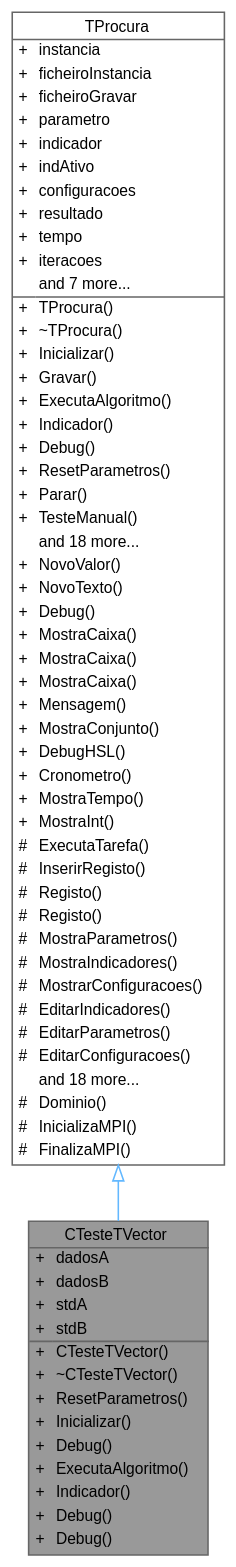
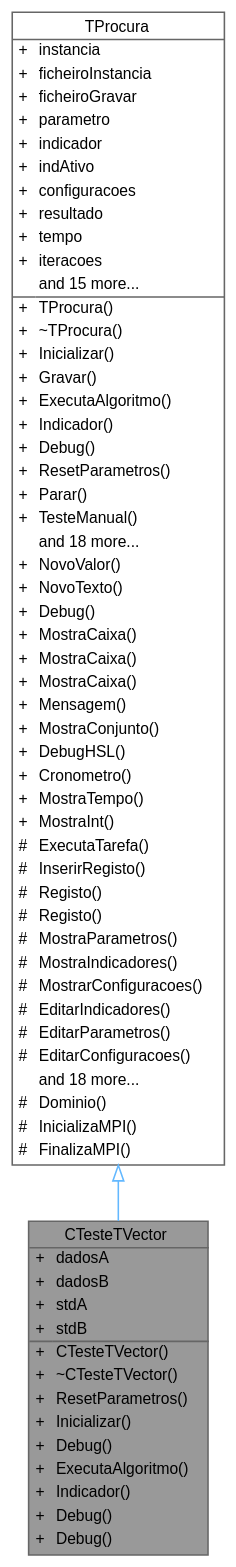
Before and after one commit to jcoelho72/TProcura: the diagram in classCTesteTVector__inherit__graph.dot, drawn with Graphviz. The commit also changed 255 other files, not shown here.

```diff
--- a/classCTesteTVector__inherit__graph.dot
+++ b/classCTesteTVector__inherit__graph.dot
@@ -1,79 +1,79 @@
 digraph "CTesteTVector"
 {
  // LATEX_PDF_SIZE
   bgcolor="transparent";
   edge [fontname=Helvetica,fontsize=10,labelfontname=Helvetica,labelfontsize=10];
   node [fontname=Helvetica,fontsize=10,shape=box,height=0.2,width=0.4];
   Node1 [id="Node000001",shape=plain,label=<<TABLE CELLBORDER="0" BORDER="1"><TR><TD COLSPAN="2" CELLPADDING="1" CELLSPACING="0">CTesteTVector</TD></TR>
 <HR/>
 <TR><TD VALIGN="top" CELLPADDING="1" CELLSPACING="0">+</TD><TD VALIGN="top" ALIGN="LEFT" CELLPADDING="1" CELLSPACING="0">dadosA<BR ALIGN="LEFT"/></TD></TR>
 <TR><TD VALIGN="top" CELLPADDING="1" CELLSPACING="0">+</TD><TD VALIGN="top" ALIGN="LEFT" CELLPADDING="1" CELLSPACING="0">dadosB<BR ALIGN="LEFT"/></TD></TR>
 <TR><TD VALIGN="top" CELLPADDING="1" CELLSPACING="0">+</TD><TD VALIGN="top" ALIGN="LEFT" CELLPADDING="1" CELLSPACING="0">stdA<BR ALIGN="LEFT"/></TD></TR>
 <TR><TD VALIGN="top" CELLPADDING="1" CELLSPACING="0">+</TD><TD VALIGN="top" ALIGN="LEFT" CELLPADDING="1" CELLSPACING="0">stdB<BR ALIGN="LEFT"/></TD></TR>
 <HR/>
 <TR><TD VALIGN="top" CELLPADDING="1" CELLSPACING="0">+</TD><TD VALIGN="top" ALIGN="LEFT" CELLPADDING="1" CELLSPACING="0">CTesteTVector()<BR ALIGN="LEFT"/></TD></TR>
 <TR><TD VALIGN="top" CELLPADDING="1" CELLSPACING="0">+</TD><TD VALIGN="top" ALIGN="LEFT" CELLPADDING="1" CELLSPACING="0">~CTesteTVector()<BR ALIGN="LEFT"/></TD></TR>
 <TR><TD VALIGN="top" CELLPADDING="1" CELLSPACING="0">+</TD><TD VALIGN="top" ALIGN="LEFT" CELLPADDING="1" CELLSPACING="0">ResetParametros()<BR ALIGN="LEFT"/></TD></TR>
 <TR><TD VALIGN="top" CELLPADDING="1" CELLSPACING="0">+</TD><TD VALIGN="top" ALIGN="LEFT" CELLPADDING="1" CELLSPACING="0">Inicializar()<BR ALIGN="LEFT"/></TD></TR>
 <TR><TD VALIGN="top" CELLPADDING="1" CELLSPACING="0">+</TD><TD VALIGN="top" ALIGN="LEFT" CELLPADDING="1" CELLSPACING="0">Debug()<BR ALIGN="LEFT"/></TD></TR>
 <TR><TD VALIGN="top" CELLPADDING="1" CELLSPACING="0">+</TD><TD VALIGN="top" ALIGN="LEFT" CELLPADDING="1" CELLSPACING="0">ExecutaAlgoritmo()<BR ALIGN="LEFT"/></TD></TR>
 <TR><TD VALIGN="top" CELLPADDING="1" CELLSPACING="0">+</TD><TD VALIGN="top" ALIGN="LEFT" CELLPADDING="1" CELLSPACING="0">Indicador()<BR ALIGN="LEFT"/></TD></TR>
 <TR><TD VALIGN="top" CELLPADDING="1" CELLSPACING="0">+</TD><TD VALIGN="top" ALIGN="LEFT" CELLPADDING="1" CELLSPACING="0">Debug()<BR ALIGN="LEFT"/></TD></TR>
 <TR><TD VALIGN="top" CELLPADDING="1" CELLSPACING="0">+</TD><TD VALIGN="top" ALIGN="LEFT" CELLPADDING="1" CELLSPACING="0">Debug()<BR ALIGN="LEFT"/></TD></TR>
 </TABLE>>
 ,height=0.2,width=0.4,color="gray40", fillcolor="grey60", style="filled", fontcolor="black",tooltip="Classe de teste para TVector, integrada na framework TProcura."];
   Node2 -> Node1 [id="edge1_Node000001_Node000002",dir="back",color="steelblue1",style="solid",tooltip=" ",arrowtail="onormal"];
   Node2 [id="Node000002",shape=plain,label=<<TABLE CELLBORDER="0" BORDER="1"><TR><TD COLSPAN="2" CELLPADDING="1" CELLSPACING="0">TProcura</TD></TR>
 <HR/>
 <TR><TD VALIGN="top" CELLPADDING="1" CELLSPACING="0">+</TD><TD VALIGN="top" ALIGN="LEFT" CELLPADDING="1" CELLSPACING="0">instancia<BR ALIGN="LEFT"/></TD></TR>
 <TR><TD VALIGN="top" CELLPADDING="1" CELLSPACING="0">+</TD><TD VALIGN="top" ALIGN="LEFT" CELLPADDING="1" CELLSPACING="0">ficheiroInstancia<BR ALIGN="LEFT"/></TD></TR>
 <TR><TD VALIGN="top" CELLPADDING="1" CELLSPACING="0">+</TD><TD VALIGN="top" ALIGN="LEFT" CELLPADDING="1" CELLSPACING="0">ficheiroGravar<BR ALIGN="LEFT"/></TD></TR>
 <TR><TD VALIGN="top" CELLPADDING="1" CELLSPACING="0">+</TD><TD VALIGN="top" ALIGN="LEFT" CELLPADDING="1" CELLSPACING="0">parametro<BR ALIGN="LEFT"/></TD></TR>
 <TR><TD VALIGN="top" CELLPADDING="1" CELLSPACING="0">+</TD><TD VALIGN="top" ALIGN="LEFT" CELLPADDING="1" CELLSPACING="0">indicador<BR ALIGN="LEFT"/></TD></TR>
 <TR><TD VALIGN="top" CELLPADDING="1" CELLSPACING="0">+</TD><TD VALIGN="top" ALIGN="LEFT" CELLPADDING="1" CELLSPACING="0">indAtivo<BR ALIGN="LEFT"/></TD></TR>
 <TR><TD VALIGN="top" CELLPADDING="1" CELLSPACING="0">+</TD><TD VALIGN="top" ALIGN="LEFT" CELLPADDING="1" CELLSPACING="0">configuracoes<BR ALIGN="LEFT"/></TD></TR>
 <TR><TD VALIGN="top" CELLPADDING="1" CELLSPACING="0">+</TD><TD VALIGN="top" ALIGN="LEFT" CELLPADDING="1" CELLSPACING="0">resultado<BR ALIGN="LEFT"/></TD></TR>
 <TR><TD VALIGN="top" CELLPADDING="1" CELLSPACING="0">+</TD><TD VALIGN="top" ALIGN="LEFT" CELLPADDING="1" CELLSPACING="0">tempo<BR ALIGN="LEFT"/></TD></TR>
 <TR><TD VALIGN="top" CELLPADDING="1" CELLSPACING="0">+</TD><TD VALIGN="top" ALIGN="LEFT" CELLPADDING="1" CELLSPACING="0">iteracoes<BR ALIGN="LEFT"/></TD></TR>
-<TR><TD VALIGN="top" CELLPADDING="1" CELLSPACING="0"></TD><TD VALIGN="top" ALIGN="LEFT" CELLPADDING="1" CELLSPACING="0">and 7 more...</TD></TR>
+<TR><TD VALIGN="top" CELLPADDING="1" CELLSPACING="0"></TD><TD VALIGN="top" ALIGN="LEFT" CELLPADDING="1" CELLSPACING="0">and 15 more...</TD></TR>
 <HR/>
 <TR><TD VALIGN="top" CELLPADDING="1" CELLSPACING="0">+</TD><TD VALIGN="top" ALIGN="LEFT" CELLPADDING="1" CELLSPACING="0">TProcura()<BR ALIGN="LEFT"/></TD></TR>
 <TR><TD VALIGN="top" CELLPADDING="1" CELLSPACING="0">+</TD><TD VALIGN="top" ALIGN="LEFT" CELLPADDING="1" CELLSPACING="0">~TProcura()<BR ALIGN="LEFT"/></TD></TR>
 <TR><TD VALIGN="top" CELLPADDING="1" CELLSPACING="0">+</TD><TD VALIGN="top" ALIGN="LEFT" CELLPADDING="1" CELLSPACING="0">Inicializar()<BR ALIGN="LEFT"/></TD></TR>
 <TR><TD VALIGN="top" CELLPADDING="1" CELLSPACING="0">+</TD><TD VALIGN="top" ALIGN="LEFT" CELLPADDING="1" CELLSPACING="0">Gravar()<BR ALIGN="LEFT"/></TD></TR>
 <TR><TD VALIGN="top" CELLPADDING="1" CELLSPACING="0">+</TD><TD VALIGN="top" ALIGN="LEFT" CELLPADDING="1" CELLSPACING="0">ExecutaAlgoritmo()<BR ALIGN="LEFT"/></TD></TR>
 <TR><TD VALIGN="top" CELLPADDING="1" CELLSPACING="0">+</TD><TD VALIGN="top" ALIGN="LEFT" CELLPADDING="1" CELLSPACING="0">Indicador()<BR ALIGN="LEFT"/></TD></TR>
 <TR><TD VALIGN="top" CELLPADDING="1" CELLSPACING="0">+</TD><TD VALIGN="top" ALIGN="LEFT" CELLPADDING="1" CELLSPACING="0">Debug()<BR ALIGN="LEFT"/></TD></TR>
 <TR><TD VALIGN="top" CELLPADDING="1" CELLSPACING="0">+</TD><TD VALIGN="top" ALIGN="LEFT" CELLPADDING="1" CELLSPACING="0">ResetParametros()<BR ALIGN="LEFT"/></TD></TR>
 <TR><TD VALIGN="top" CELLPADDING="1" CELLSPACING="0">+</TD><TD VALIGN="top" ALIGN="LEFT" CELLPADDING="1" CELLSPACING="0">Parar()<BR ALIGN="LEFT"/></TD></TR>
 <TR><TD VALIGN="top" CELLPADDING="1" CELLSPACING="0">+</TD><TD VALIGN="top" ALIGN="LEFT" CELLPADDING="1" CELLSPACING="0">TesteManual()<BR ALIGN="LEFT"/></TD></TR>
 <TR><TD VALIGN="top" CELLPADDING="1" CELLSPACING="0"></TD><TD VALIGN="top" ALIGN="LEFT" CELLPADDING="1" CELLSPACING="0">and 18 more...</TD></TR>
 <TR><TD VALIGN="top" CELLPADDING="1" CELLSPACING="0">+</TD><TD VALIGN="top" ALIGN="LEFT" CELLPADDING="1" CELLSPACING="0">NovoValor()<BR ALIGN="LEFT"/></TD></TR>
 <TR><TD VALIGN="top" CELLPADDING="1" CELLSPACING="0">+</TD><TD VALIGN="top" ALIGN="LEFT" CELLPADDING="1" CELLSPACING="0">NovoTexto()<BR ALIGN="LEFT"/></TD></TR>
 <TR><TD VALIGN="top" CELLPADDING="1" CELLSPACING="0">+</TD><TD VALIGN="top" ALIGN="LEFT" CELLPADDING="1" CELLSPACING="0">Debug()<BR ALIGN="LEFT"/></TD></TR>
 <TR><TD VALIGN="top" CELLPADDING="1" CELLSPACING="0">+</TD><TD VALIGN="top" ALIGN="LEFT" CELLPADDING="1" CELLSPACING="0">MostraCaixa()<BR ALIGN="LEFT"/></TD></TR>
 <TR><TD VALIGN="top" CELLPADDING="1" CELLSPACING="0">+</TD><TD VALIGN="top" ALIGN="LEFT" CELLPADDING="1" CELLSPACING="0">MostraCaixa()<BR ALIGN="LEFT"/></TD></TR>
 <TR><TD VALIGN="top" CELLPADDING="1" CELLSPACING="0">+</TD><TD VALIGN="top" ALIGN="LEFT" CELLPADDING="1" CELLSPACING="0">MostraCaixa()<BR ALIGN="LEFT"/></TD></TR>
 <TR><TD VALIGN="top" CELLPADDING="1" CELLSPACING="0">+</TD><TD VALIGN="top" ALIGN="LEFT" CELLPADDING="1" CELLSPACING="0">Mensagem()<BR ALIGN="LEFT"/></TD></TR>
 <TR><TD VALIGN="top" CELLPADDING="1" CELLSPACING="0">+</TD><TD VALIGN="top" ALIGN="LEFT" CELLPADDING="1" CELLSPACING="0">MostraConjunto()<BR ALIGN="LEFT"/></TD></TR>
 <TR><TD VALIGN="top" CELLPADDING="1" CELLSPACING="0">+</TD><TD VALIGN="top" ALIGN="LEFT" CELLPADDING="1" CELLSPACING="0">DebugHSL()<BR ALIGN="LEFT"/></TD></TR>
 <TR><TD VALIGN="top" CELLPADDING="1" CELLSPACING="0">+</TD><TD VALIGN="top" ALIGN="LEFT" CELLPADDING="1" CELLSPACING="0">Cronometro()<BR ALIGN="LEFT"/></TD></TR>
 <TR><TD VALIGN="top" CELLPADDING="1" CELLSPACING="0">+</TD><TD VALIGN="top" ALIGN="LEFT" CELLPADDING="1" CELLSPACING="0">MostraTempo()<BR ALIGN="LEFT"/></TD></TR>
 <TR><TD VALIGN="top" CELLPADDING="1" CELLSPACING="0">+</TD><TD VALIGN="top" ALIGN="LEFT" CELLPADDING="1" CELLSPACING="0">MostraInt()<BR ALIGN="LEFT"/></TD></TR>
 <TR><TD VALIGN="top" CELLPADDING="1" CELLSPACING="0">#</TD><TD VALIGN="top" ALIGN="LEFT" CELLPADDING="1" CELLSPACING="0">ExecutaTarefa()<BR ALIGN="LEFT"/></TD></TR>
 <TR><TD VALIGN="top" CELLPADDING="1" CELLSPACING="0">#</TD><TD VALIGN="top" ALIGN="LEFT" CELLPADDING="1" CELLSPACING="0">InserirRegisto()<BR ALIGN="LEFT"/></TD></TR>
 <TR><TD VALIGN="top" CELLPADDING="1" CELLSPACING="0">#</TD><TD VALIGN="top" ALIGN="LEFT" CELLPADDING="1" CELLSPACING="0">Registo()<BR ALIGN="LEFT"/></TD></TR>
 <TR><TD VALIGN="top" CELLPADDING="1" CELLSPACING="0">#</TD><TD VALIGN="top" ALIGN="LEFT" CELLPADDING="1" CELLSPACING="0">Registo()<BR ALIGN="LEFT"/></TD></TR>
 <TR><TD VALIGN="top" CELLPADDING="1" CELLSPACING="0">#</TD><TD VALIGN="top" ALIGN="LEFT" CELLPADDING="1" CELLSPACING="0">MostraParametros()<BR ALIGN="LEFT"/></TD></TR>
 <TR><TD VALIGN="top" CELLPADDING="1" CELLSPACING="0">#</TD><TD VALIGN="top" ALIGN="LEFT" CELLPADDING="1" CELLSPACING="0">MostraIndicadores()<BR ALIGN="LEFT"/></TD></TR>
 <TR><TD VALIGN="top" CELLPADDING="1" CELLSPACING="0">#</TD><TD VALIGN="top" ALIGN="LEFT" CELLPADDING="1" CELLSPACING="0">MostrarConfiguracoes()<BR ALIGN="LEFT"/></TD></TR>
 <TR><TD VALIGN="top" CELLPADDING="1" CELLSPACING="0">#</TD><TD VALIGN="top" ALIGN="LEFT" CELLPADDING="1" CELLSPACING="0">EditarIndicadores()<BR ALIGN="LEFT"/></TD></TR>
 <TR><TD VALIGN="top" CELLPADDING="1" CELLSPACING="0">#</TD><TD VALIGN="top" ALIGN="LEFT" CELLPADDING="1" CELLSPACING="0">EditarParametros()<BR ALIGN="LEFT"/></TD></TR>
 <TR><TD VALIGN="top" CELLPADDING="1" CELLSPACING="0">#</TD><TD VALIGN="top" ALIGN="LEFT" CELLPADDING="1" CELLSPACING="0">EditarConfiguracoes()<BR ALIGN="LEFT"/></TD></TR>
 <TR><TD VALIGN="top" CELLPADDING="1" CELLSPACING="0"></TD><TD VALIGN="top" ALIGN="LEFT" CELLPADDING="1" CELLSPACING="0">and 18 more...</TD></TR>
 <TR><TD VALIGN="top" CELLPADDING="1" CELLSPACING="0">#</TD><TD VALIGN="top" ALIGN="LEFT" CELLPADDING="1" CELLSPACING="0">Dominio()<BR ALIGN="LEFT"/></TD></TR>
 <TR><TD VALIGN="top" CELLPADDING="1" CELLSPACING="0">#</TD><TD VALIGN="top" ALIGN="LEFT" CELLPADDING="1" CELLSPACING="0">InicializaMPI()<BR ALIGN="LEFT"/></TD></TR>
 <TR><TD VALIGN="top" CELLPADDING="1" CELLSPACING="0">#</TD><TD VALIGN="top" ALIGN="LEFT" CELLPADDING="1" CELLSPACING="0">FinalizaMPI()<BR ALIGN="LEFT"/></TD></TR>
 </TABLE>>
 ,height=0.2,width=0.4,color="gray40", fillcolor="white", style="filled",URL="$classTProcura.html",tooltip="Classe base para todas as procuras."];
 }
```
